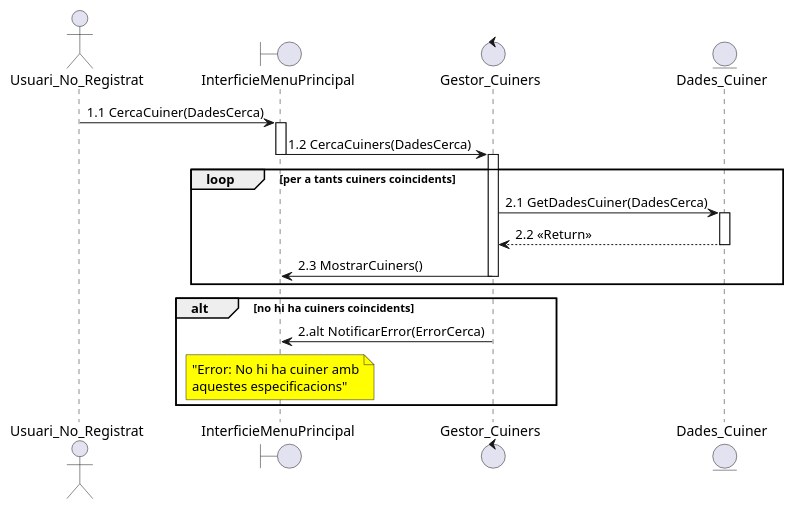
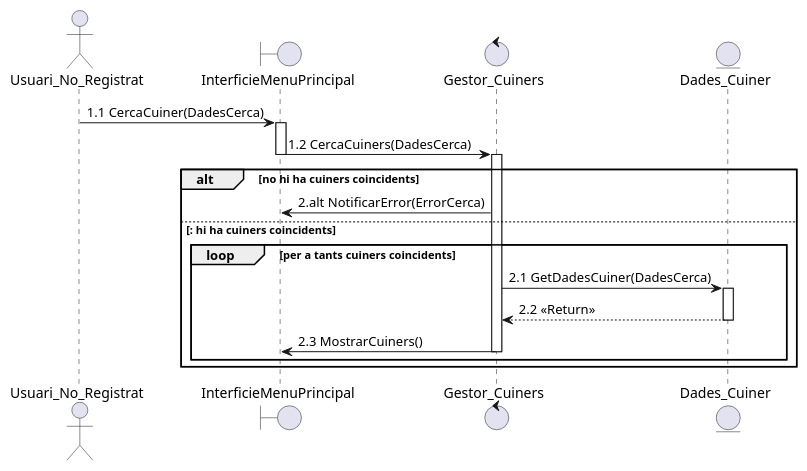
The diagram in documents/Diagrames i Especificacions/Seqüencia/ALEJANDRO/2- Cercar Cuiner.puml (martipages/ES23UAB431-02), drawn with PlantUML before and after one commit. The commit also changed 11 other files, not shown here.

```diff
--- a/documents/Diagrames i Especificacions/Seqüencia/ALEJANDRO/2- Cercar Cuiner.puml
+++ b/documents/Diagrames i Especificacions/Seqüencia/ALEJANDRO/2- Cercar Cuiner.puml
@@ -1,23 +1,24 @@
 @startuml
 
 actor Usuari_No_Registrat as UsuariN
 boundary InterficieMenuPrincipal as interficie
 
 control Gestor_Cuiners as gestor
 entity Dades_Cuiner as cuiner
 
 UsuariN -> interficie ++: 1.1 CercaCuiner(DadesCerca)
 interficie -> gestor --++: 1.2 CercaCuiners(DadesCerca)
 
+alt no hi ha cuiners coincidents
+ gestor -> interficie : 2.alt NotificarError(ErrorCerca)
+
+else : hi ha cuiners coincidents
 loop per a tants cuiners coincidents
 gestor -> cuiner ++: 2.1 GetDadesCuiner(DadesCerca)
 cuiner --> gestor --: 2.2 <<Return>>
 gestor -> interficie --: 2.3 MostrarCuiners()
 end
+end
 
-alt no hi ha cuiners coincidents
- gestor -> interficie : 2.alt NotificarError(ErrorCerca)
- note over interficie #Yellow : "Error: No hi ha cuiner amb\naquestes especificacions"
-end 
 
 @enduml
```
